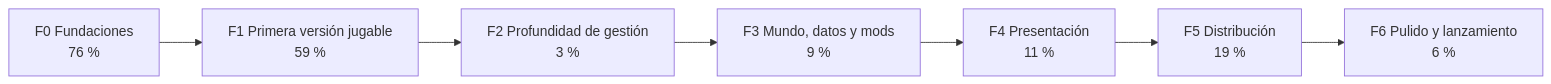
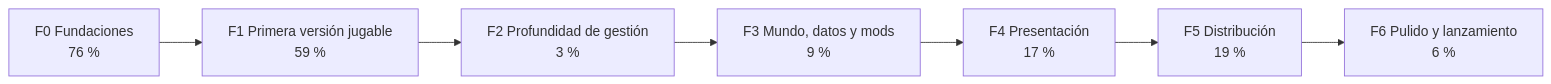
The first of 2 diagrams in README.md (dariogea/BM27), drawn with Mermaid before and after one commit. The commit also changed other lines of this file and 14 other files, not shown here.

````diff
--- a/README.md
+++ b/README.md
@@ -91,11 +91,11 @@
 ```mermaid
 flowchart LR
   F0["F0 Fundaciones<br/>76 %"]
   F1["F1 Primera versión jugable<br/>59 %"]
   F2["F2 Profundidad de gestión<br/>3 %"]
   F3["F3 Mundo, datos y mods<br/>9 %"]
-  F4["F4 Presentación<br/>11 %"]
+  F4["F4 Presentación<br/>17 %"]
   F5["F5 Distribución<br/>19 %"]
   F6["F6 Pulido y lanzamiento<br/>6 %"]
   F0 --> F1 --> F2 --> F3 --> F4 --> F5 --> F6
 ```
````
